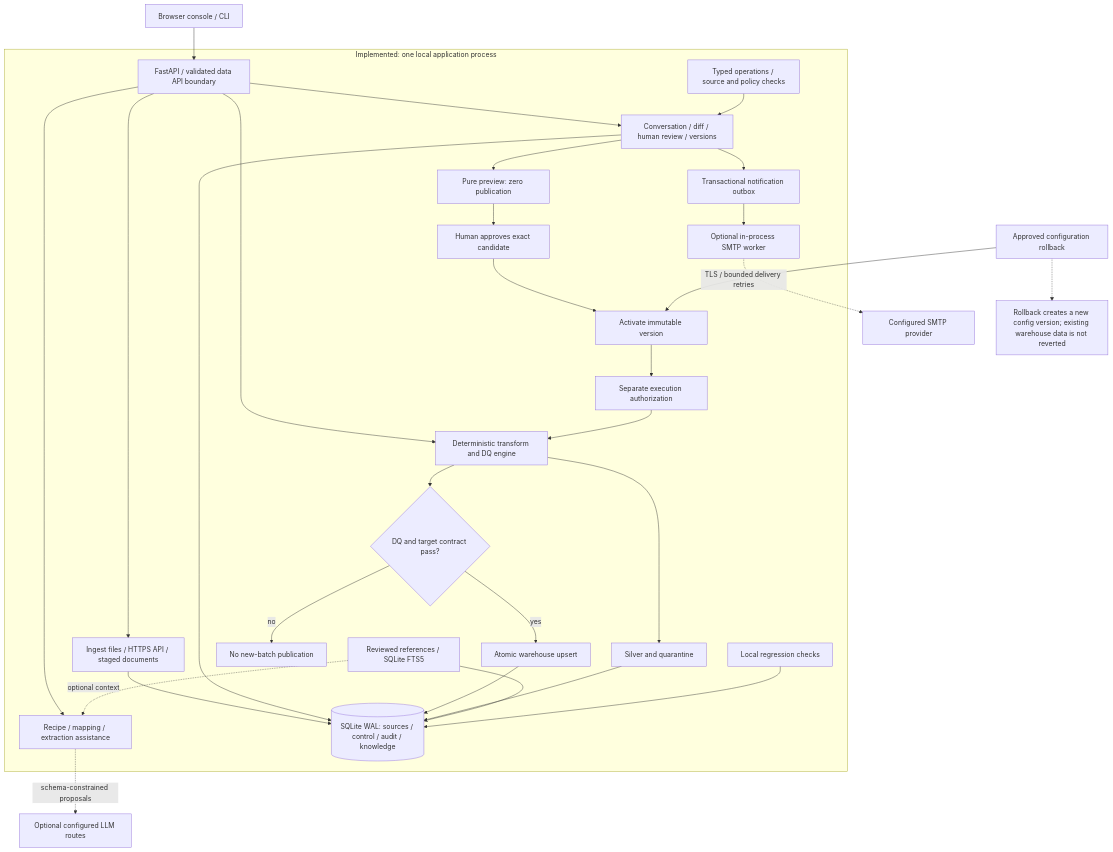
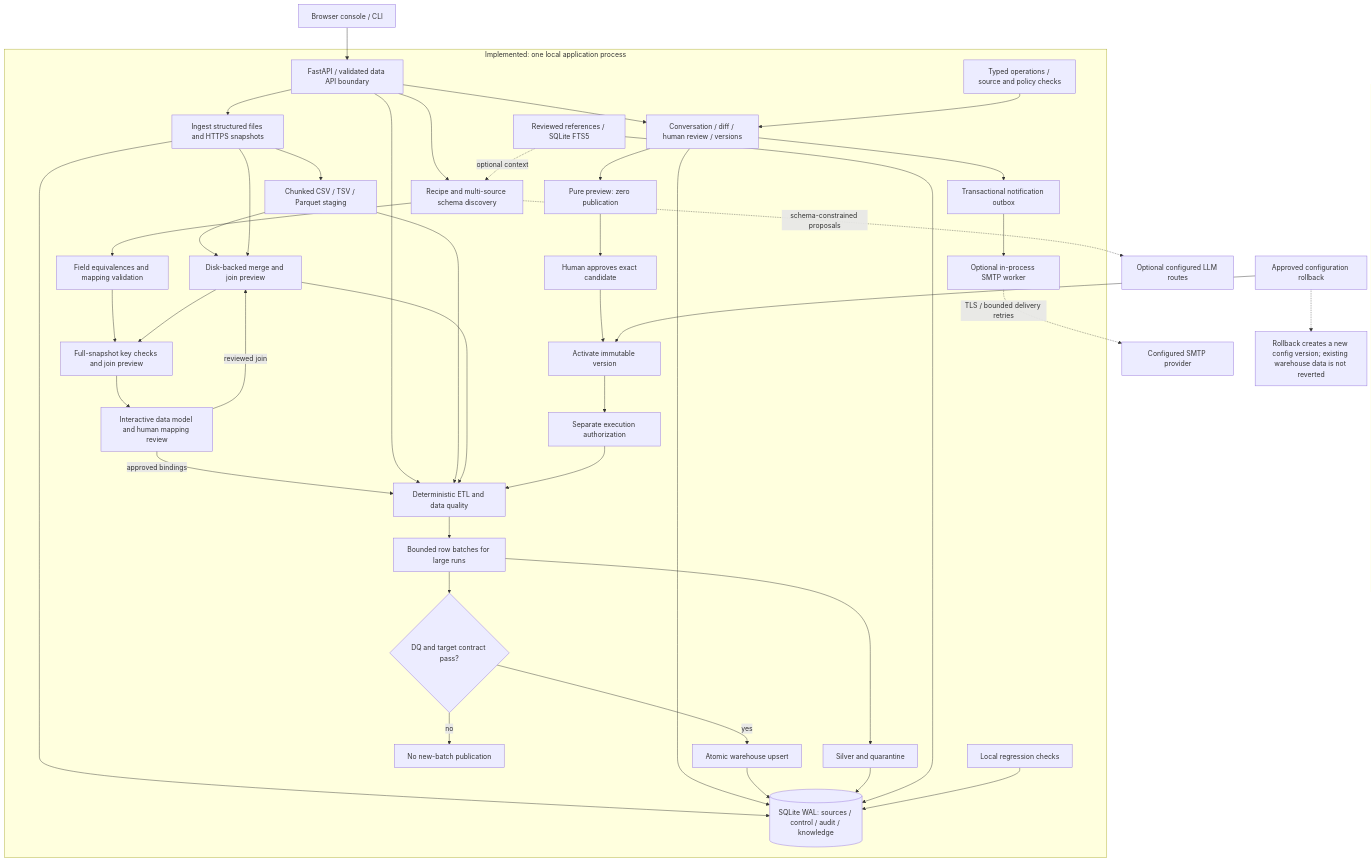
One commit to vineethvictor25/BodhAI changed the diagram in GenAI_ETL_Pipeline/static/documentation/diagrams/architecture-current.mmd. Above: the diagram before and after it, drawn with Mermaid. The commit also changed 79 other files, not shown here.

First line of the commit message:
feat: add multi-source discovery and chunked ETL

```diff
--- a/GenAI_ETL_Pipeline/static/documentation/diagrams/architecture-current.mmd
+++ b/GenAI_ETL_Pipeline/static/documentation/diagrams/architecture-current.mmd
@@ -1,33 +1,45 @@
 flowchart TB
   UI[Browser console / CLI] --> API[FastAPI / validated data API boundary]
   subgraph APP[Implemented: one local application process]
-    API --> ING[Ingest files / HTTPS API / staged documents]
-    API --> AI[Recipe / mapping / extraction assistance]
+    API --> ING[Ingest structured files and HTTPS snapshots]
+    ING --> ST[Chunked CSV / TSV / Parquet staging]
+    API --> AI[Recipe and multi-source schema discovery]
+    AI --> MV[Field equivalences and mapping validation]
+    ST --> M[Disk-backed merge and join preview]
+    ING --> M
+    MV --> K[Full-snapshot key checks and join preview]
+    M --> K
+    K --> MR[Interactive data model and human mapping review]
+    MR -->|reviewed join| M
+    MR -->|approved bindings| EXEC
     API --> CH[Conversation / diff / human review / versions]
-    API --> EXEC[Deterministic transform and DQ engine]
+    API --> EXEC[Deterministic ETL and data quality]
+    ST --> EXEC
+    M --> EXEC
     REF[Reviewed references / SQLite FTS5] -. optional context .-> AI
     GUARD[Typed operations / source and policy checks] --> CH
     CH --> PRE[Pure preview: zero publication]
     PRE --> HUMAN[Human approves exact candidate]
     HUMAN --> ACTIVE[Activate immutable version]
     ACTIVE --> AUTH[Separate execution authorization]
     AUTH --> EXEC
-    EXEC --> GATE{DQ and target contract pass?}
+    EXEC --> STREAM[Bounded row batches for large runs]
+    STREAM --> GATE{DQ and target contract pass?}
     GATE -->|yes| GOLD[Atomic warehouse upsert]
     GATE -->|no| HOLD[No new-batch publication]
-    EXEC --> SILVER[Silver and quarantine]
+    STREAM --> SILVER[Silver and quarantine]
     DB[(SQLite WAL: sources / control / audit / knowledge)]
     ING --> DB
     CH --> DB
     GOLD --> DB
     SILVER --> DB
     REF --> DB
     EVAL[Local regression checks] --> DB
     CH --> OUTBOX[Transactional notification outbox]
     OUTBOX --> MAIL[Optional in-process SMTP worker]
   end
   AI -. schema-constrained proposals .-> LLM[Optional configured LLM routes]
   MAIL -. TLS / bounded delivery retries .-> SMTP[Configured SMTP provider]
   RB[Approved configuration rollback] --> ACTIVE
   NOTE[Rollback creates a new config version; existing warehouse data is not reverted]
   RB -.-> NOTE
```
